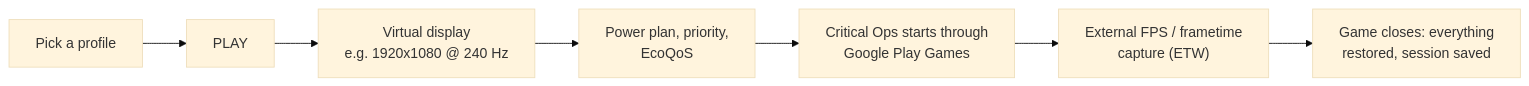
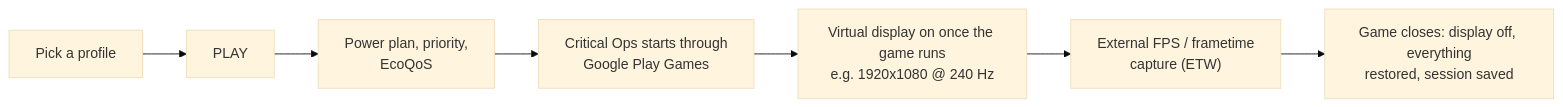
The diagram in README.md (inspectsoftware/Optima), drawn with Mermaid (base theme) before and after one commit. The commit also changed 3 other files, not shown here.

First line of the commit message:
Fix: Old wording about the virtual display and the player switcher

````diff
--- a/README.md
+++ b/README.md
@@ -38,9 +38,9 @@
 ```mermaid
 flowchart LR
     A[Pick a profile] --> B[PLAY]
-    B --> C["Virtual display<br>e.g. 1920x1080 @ 240 Hz"]
-    C --> D["Power plan, priority,<br>EcoQoS"]
-    D --> E["Critical Ops starts through<br>Google Play Games"]
+    B --> C["Power plan, priority,<br>EcoQoS"]
+    C --> D["Critical Ops starts through<br>Google Play Games"]
+    D --> E["Virtual display on once the game runs<br>e.g. 1920x1080 @ 240 Hz"]
     E --> F["External FPS / frametime<br>capture (ETW)"]
-    F --> G["Game closes: everything<br>restored, session saved"]
+    F --> G["Game closes: display off, everything<br>restored, session saved"]
 ```
````
